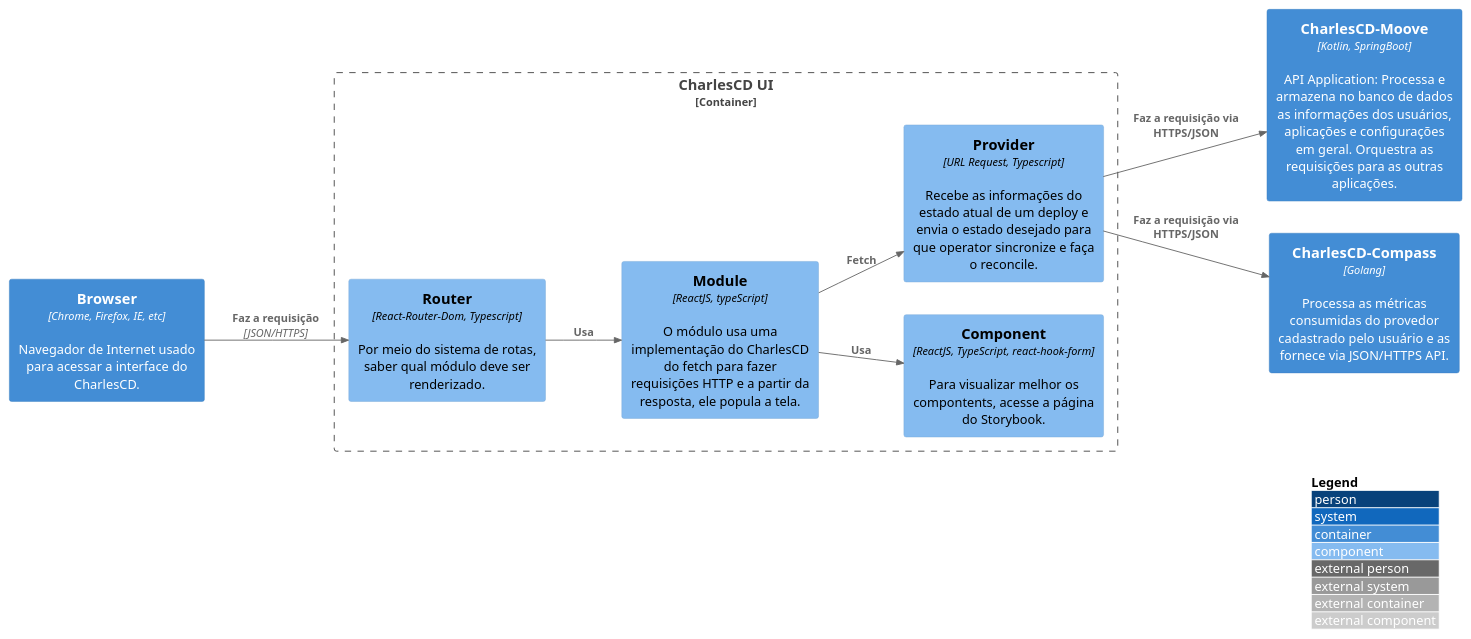
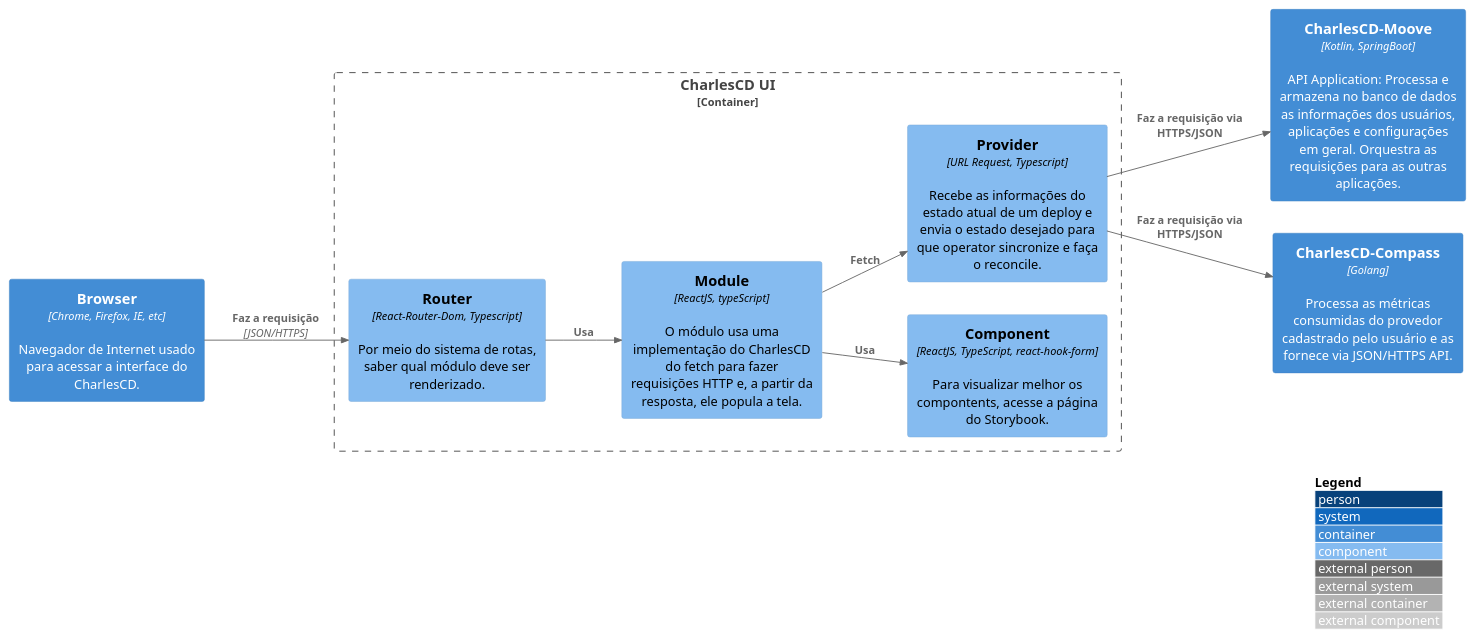
One commit to ZupIT/charlescd-c4model changed the diagram in pt-br/src/C3 -  Component/UI/c3.puml. Above: the diagram before and after it, drawn with PlantUML. The commit also changed 7 other files, not shown here.

```diff
--- a/pt-br/src/C3 -  Component/UI/c3.puml
+++ b/pt-br/src/C3 -  Component/UI/c3.puml
@@ -1,28 +1,28 @@
 @startuml c2
 !include https://raw.githubusercontent.com/adrianvlupu/C4-PlantUML/latest/C4_Component.puml
 
 LAYOUT_WITH_LEGEND()
 LAYOUT_LEFT_RIGHT()
 
 Container(browser, "Browser", "Chrome, Firefox, IE, etc", "Navegador de Internet usado para acessar a interface do CharlesCD.")
 Container(moove, "CharlesCD-Moove", "Kotlin, SpringBoot", "API Application: Processa e armazena no banco de dados as informações dos usuários, aplicações e configurações em geral. Orquestra as requisições para as outras aplicações.")
 Container(compass, "CharlesCD-Compass", "Golang", "Processa as métricas consumidas do provedor cadastrado pelo usuário e as fornece via JSON/HTTPS API.")
 
 Container_Boundary(charlescd_ui, "CharlesCD UI"){
    
     Component(routes, "Router", "React-Router-Dom, Typescript", "Por meio do sistema de rotas, saber qual módulo deve ser renderizado.")
-    Component(module, "Module", "ReactJS, typeScript", "O módulo usa uma implementação do CharlesCD do fetch para fazer requisições HTTP e a partir da resposta, ele popula a tela.")
+    Component(module, "Module", "ReactJS, typeScript", "O módulo usa uma implementação do CharlesCD do fetch para fazer requisições HTTP e, a partir da resposta, ele popula a tela.")
     Component(component, "Component", "ReactJS, TypeScript, react-hook-form", "Para visualizar melhor os compontents, acesse a página do Storybook.")
     Component(provider, "Provider", "URL Request, Typescript", "Recebe as informações do estado atual de um deploy e envia o estado desejado para que operator sincronize e faça o reconcile.")
    
     
     Rel(routes, module, "Usa")
     Rel(module, component, "Usa")
     Rel(module, provider, "Fetch") 
     Rel(provider, moove, "Faz a requisição via HTTPS/JSON")
     Rel(provider, compass, "Faz a requisição via HTTPS/JSON")
    
 }
 
 Rel(browser, routes, "Faz a requisição", "JSON/HTTPS")
 @enduml
```
